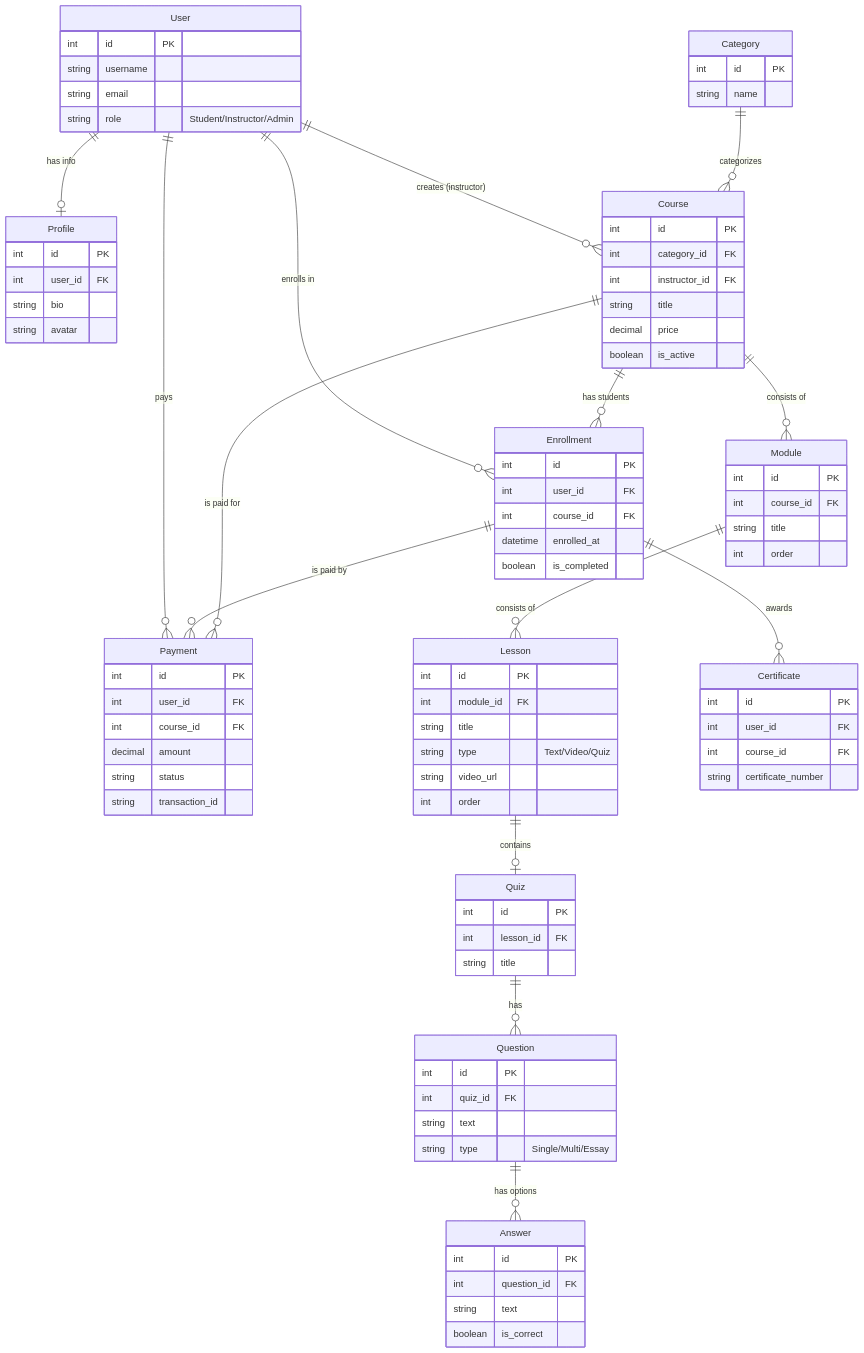
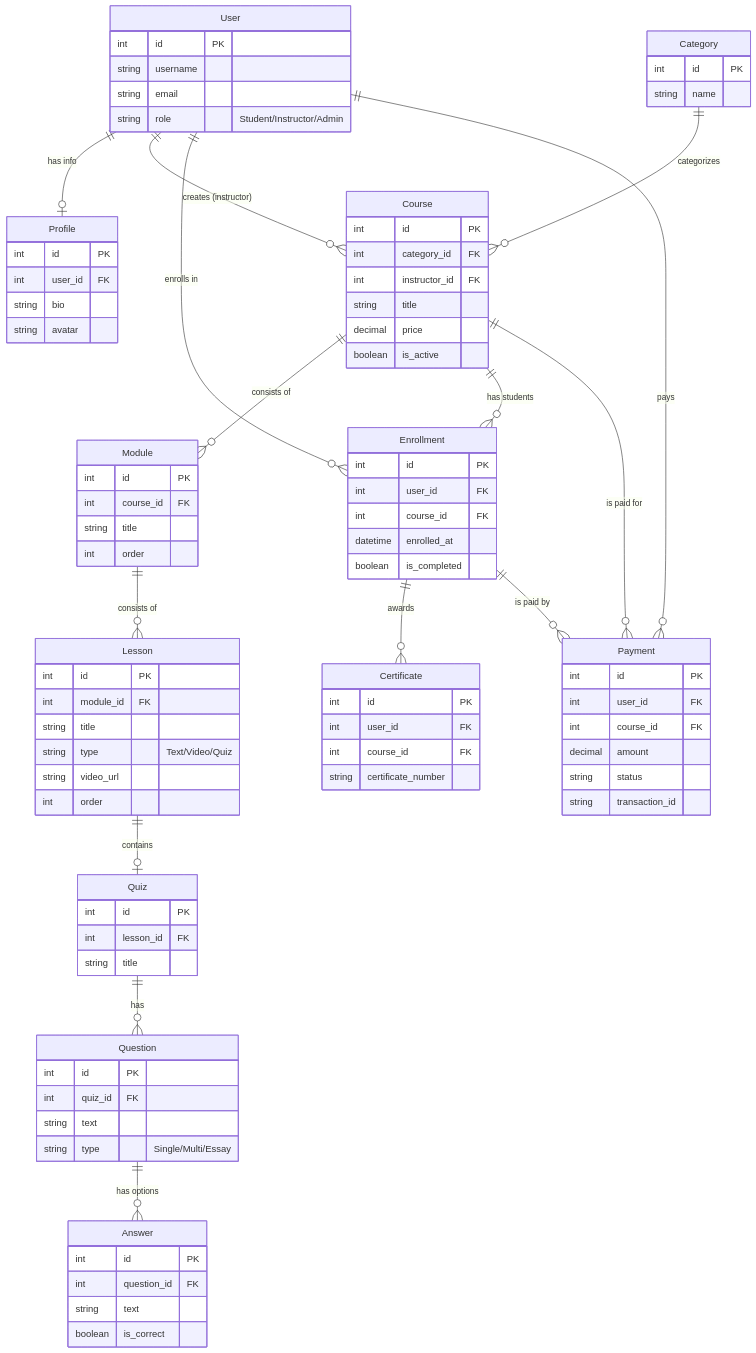
Before and after one commit to VanDung-dev/LearnOnline: the diagram in docs/diagrams/Database_Design.md, drawn with Mermaid.

Commit message:
docs(diagrams): update Database Design diagram for clarity and improved entity relationships

````diff
--- a/docs/diagrams/Database_Design.md
+++ b/docs/diagrams/Database_Design.md
@@ -5,26 +5,28 @@
 ```mermaid
 erDiagram
-    %% User Management
+    %% User & Profile
     User ||--o| Profile : "has info"
+
+    %% Content Hierarchy (Straight Line)
+    Category ||--o{ Course : "categorizes"
+    Course ||--o{ Module : "consists of"
+    Module ||--o{ Lesson : "consists of"
+    Lesson ||--o| Quiz : "contains"
+    Quiz ||--o{ Question : "has"
+    Question ||--o{ Answer : "has options"
+
+    %% User Actions
     User ||--o{ Course : "creates (instructor)"
     User ||--o{ Enrollment : "enrolls in"
     User ||--o{ Payment : "pays"
 
-    %% Course Structure
-    Category ||--o{ Course : "categorizes"
-    Course ||--o{ Module : "consists of"
-    Module ||--o{ Lesson : "consists of"
+    %% Course & Business Relationships
+    Course ||--o{ Enrollment : "has students"
+    Course ||--o{ Payment : "is paid for"
     
-    %% Quiz Structure
-    Lesson ||--o| Quiz : "contains"
-    Quiz ||--o{ Question : "has"
-    Question ||--o{ Answer : "has options"
-
-    %% Business Logic
-    Course ||--o{ Enrollment : "has students"
+    %% Dependent Objects
+    Enrollment ||--o{ Certificate : "awards"
     Enrollment ||--o{ Payment : "is paid by"
-    Course ||--o{ Payment : "is paid for"
-    Enrollment ||--o{ Certificate : "awards"
 
     User {
         int id PK
````
